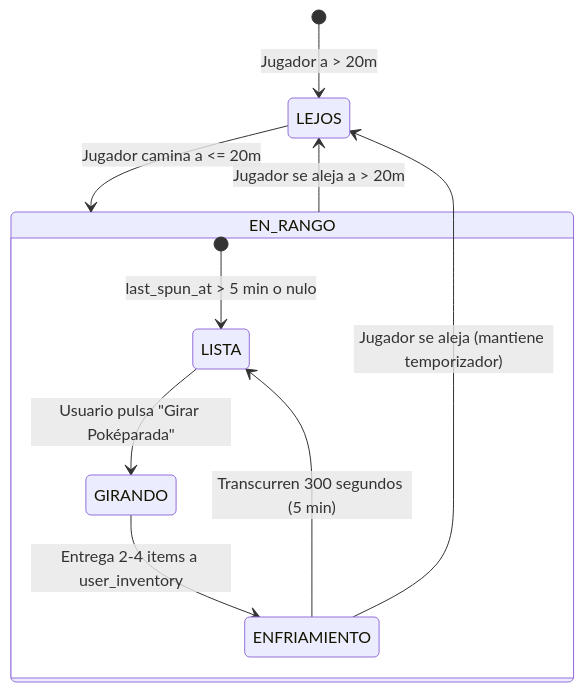
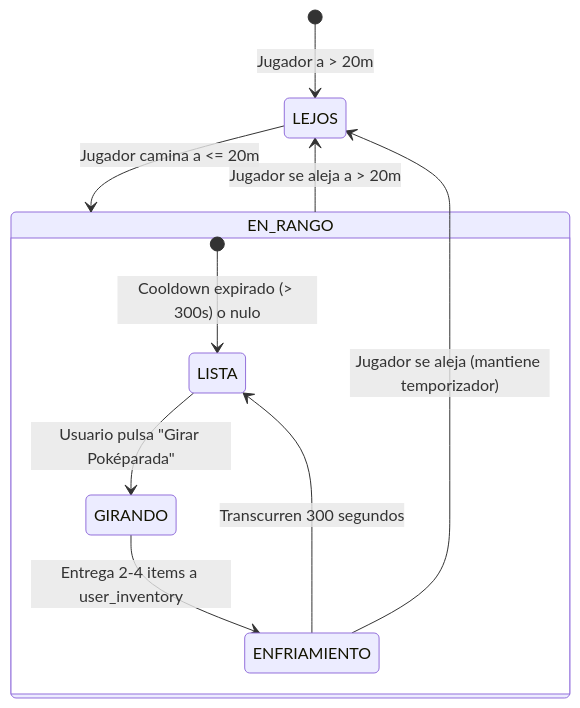
The first of 2 diagrams in SPEC_MODULO_4.md (DarkFallenStar/PokemonGODM), drawn with Mermaid before and after one commit. The commit also changed other lines of this file, not shown here.

````diff
--- a/SPEC_MODULO_4.md
+++ b/SPEC_MODULO_4.md
@@ -179,15 +217,15 @@
 ```mermaid
 stateDiagram-v2
     [*] --> LEJOS: Jugador a > 20m
     LEJOS --> EN_RANGO: Jugador camina a <= 20m
     EN_RANGO --> LEJOS: Jugador se aleja a > 20m
 
     state EN_RANGO {
-        [*] --> LISTA: last_spun_at > 5 min o nulo
+        [*] --> LISTA: Cooldown expirado (> 300s) o nulo
         LISTA --> GIRANDO: Usuario pulsa "Girar Poképarada"
         GIRANDO --> ENFRIAMIENTO: Entrega 2-4 items a user_inventory
-        ENFRIAMIENTO --> LISTA: Transcurren 300 segundos (5 min)
+        ENFRIAMIENTO --> LISTA: Transcurren 300 segundos
     }
 
     ENFRIAMIENTO --> LEJOS: Jugador se aleja (mantiene temporizador)
 ```
````
